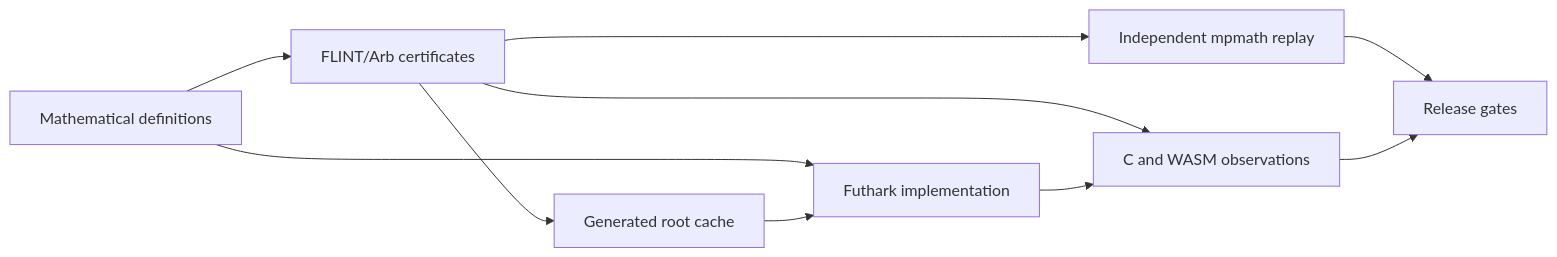
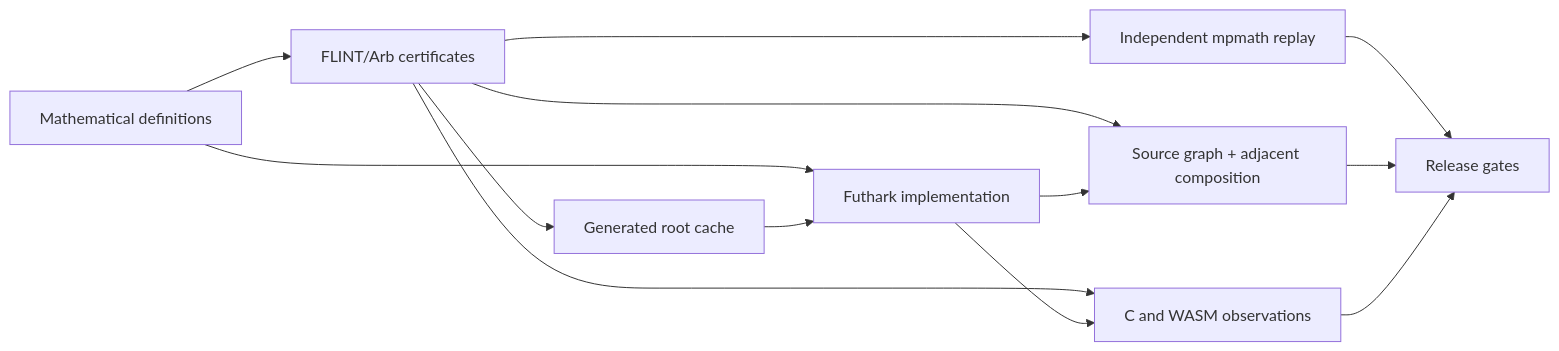
Before and after one commit to Jesssullivan/futhark-bessel: the diagram in README.md, drawn with Mermaid. The commit also changed other lines of this file, not shown here.

````diff
--- a/README.md
+++ b/README.md
@@ -26,12 +26,15 @@
 ```mermaid
 graph LR
     M["Mathematical definitions"] --> F["Futhark implementation"]
     M --> A["FLINT/Arb certificates"]
     A --> P["Independent mpmath replay"]
     A --> C["Generated root cache"]
+    A --> S["Source graph + adjacent composition"]
     A --> B["C and WASM observations"]
     C --> F
+    F --> S
     F --> B
     P --> G["Release gates"]
+    S --> G
     B --> G
 ```
````
